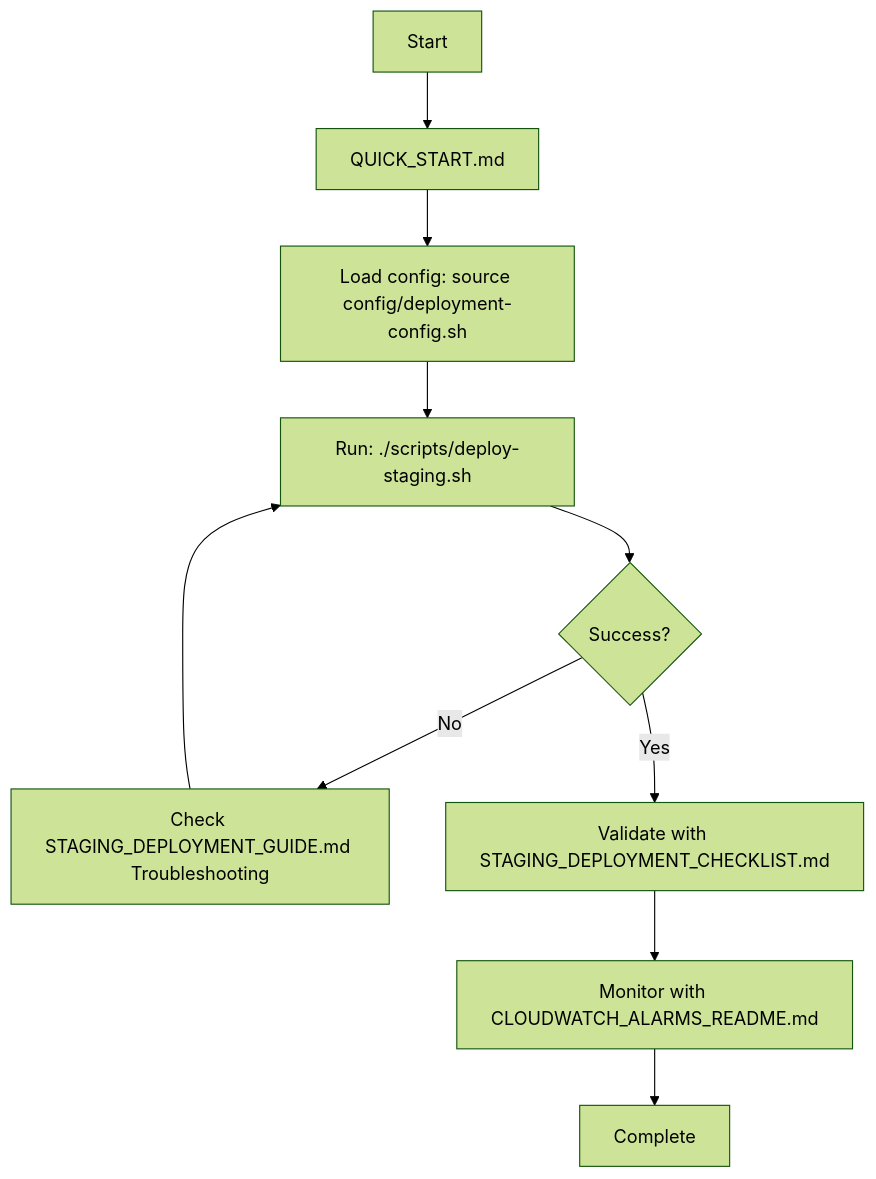
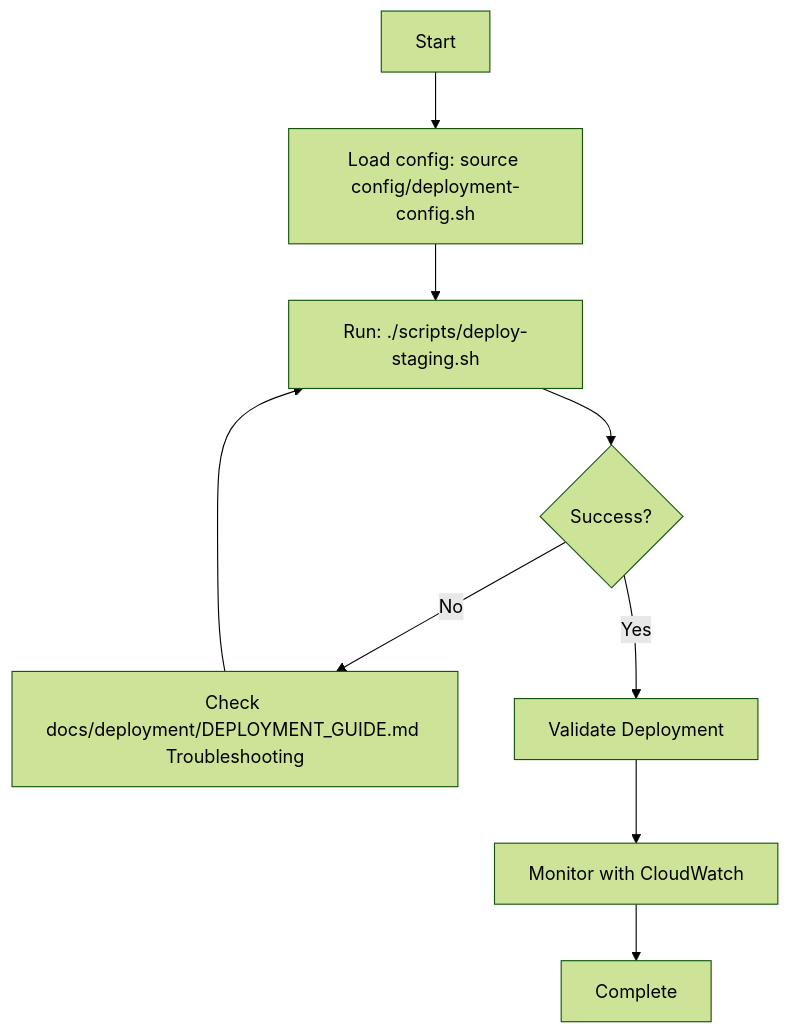
Before and after one commit to RyanYCT/bdo-market-insights: the second of 3 diagrams in docs/guides/DOCUMENTATION_MAP.md, drawn with Mermaid (forest theme). The commit also changed other lines of this file and 18 other files, not shown here.

First line of the commit message:
docs(deployment,scripts): add IAM setup guide and remove Windows batch scripts

````diff
--- a/docs/guides/DOCUMENTATION_MAP.md
+++ b/docs/guides/DOCUMENTATION_MAP.md
@@ -191,12 +224,11 @@
 ```mermaid
 graph TD
-    A[Start] --> B[QUICK_START.md]
-    B --> C[Load config: source config/deployment-config.sh]
-    C --> D[Run: ./scripts/deploy-staging.sh]
-    D --> E{Success?}
-    E -->|No| F[Check STAGING_DEPLOYMENT_GUIDE.md Troubleshooting]
-    F --> D
-    E -->|Yes| G[Validate with STAGING_DEPLOYMENT_CHECKLIST.md]
-    G --> H[Monitor with CLOUDWATCH_ALARMS_README.md]
-    H --> I[Complete]
+    A[Start] --> B[Load config: source config/deployment-config.sh]
+    B --> C[Run: ./scripts/deploy-staging.sh]
+    C --> D{Success?}
+    D -->|No| E[Check docs/deployment/DEPLOYMENT_GUIDE.md Troubleshooting]
+    E --> C
+    D -->|Yes| F[Validate Deployment]
+    F --> G[Monitor with CloudWatch]
+    G --> H[Complete]
 ```
````
